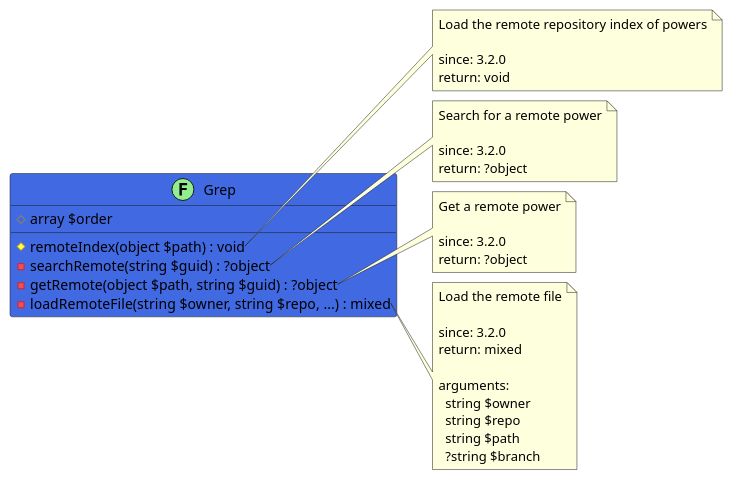
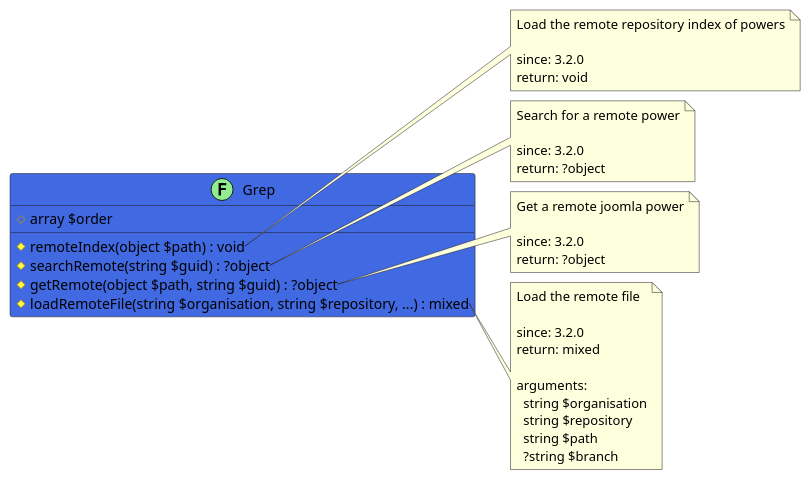
One commit to joomengine/jcb-compiler changed the diagram in src/355bf21a-f859-4528-9110-bcd2c6d05ea7/README.md. Above: the diagram before and after it, drawn with PlantUML. The commit also changed 969 other files, not shown here.

````diff
--- a/src/355bf21a-f859-4528-9110-bcd2c6d05ea7/README.md
+++ b/src/355bf21a-f859-4528-9110-bcd2c6d05ea7/README.md
@@ -12,46 +12,46 @@
 ```uml
 @startuml
 class Grep << (F,LightGreen) >> #RoyalBlue {
   # array $order
   # remoteIndex(object $path) : void
-  - searchRemote(string $guid) : ?object
-  - getRemote(object $path, string $guid) : ?object
-  - loadRemoteFile(string $owner, string $repo, ...) : mixed
+  # searchRemote(string $guid) : ?object
+  # getRemote(object $path, string $guid) : ?object
+  # loadRemoteFile(string $organisation, string $repository, ...) : mixed
 }
 
 note right of Grep::remoteIndex
   Load the remote repository index of powers
 
   since: 3.2.0
   return: void
 end note
 
 note right of Grep::searchRemote
   Search for a remote power
 
   since: 3.2.0
   return: ?object
 end note
 
 note right of Grep::getRemote
-  Get a remote power
+  Get a remote joomla power
 
   since: 3.2.0
   return: ?object
 end note
 
 note right of Grep::loadRemoteFile
   Load the remote file
 
   since: 3.2.0
   return: mixed
   
   arguments:
-    string $owner
-    string $repo
+    string $organisation
+    string $repository
     string $path
     ?string $branch
 end note
  
 @enduml
 ```
````
